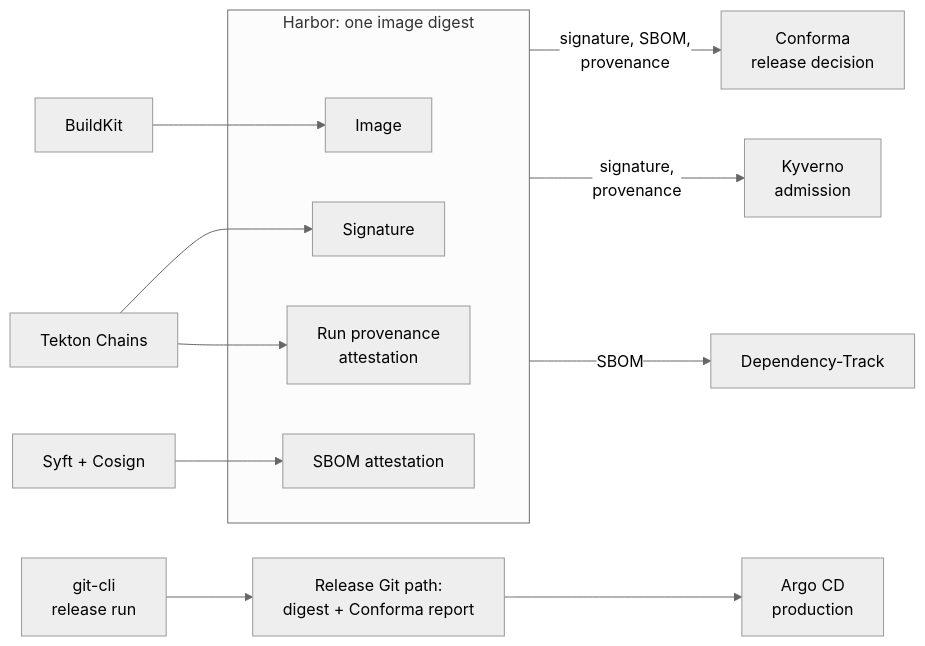
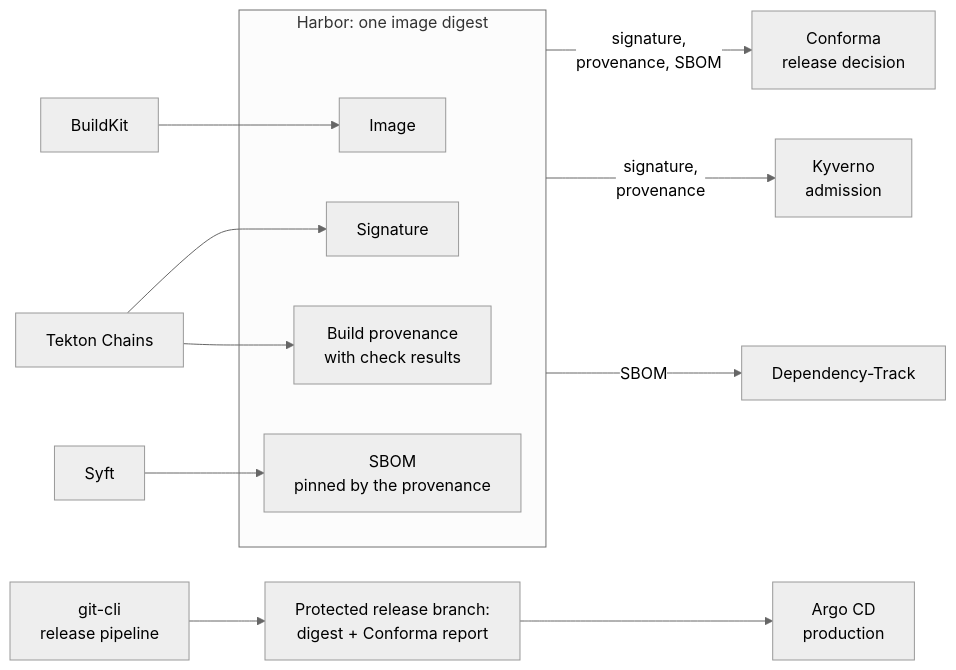
The second of 7 diagrams in content/en/docs/reference-architectures/open-source-ssdf-cicd.md (andymotta/Platform-Engineering), drawn with Mermaid (neutral theme) before and after one commit. The commit also changed other lines of this file, not shown here.

First line of the commit message:
docs: define gates by evidence and tighten the release path

````diff
--- a/content/en/docs/reference-architectures/open-source-ssdf-cicd.md
+++ b/content/en/docs/reference-architectures/open-source-ssdf-cicd.md
@@ -76,17 +78,17 @@
 ```mermaid
 flowchart LR
     BK["BuildKit"] --> IMG
     CH["Tekton Chains"] --> SIG
     CH --> PROV
-    SY["Syft + Cosign"] --> SBOM
+    SY["Syft"] --> SBOM
     subgraph H["Harbor: one image digest"]
         IMG["Image"]
         SIG["Signature"]
-        SBOM["SBOM attestation"]
-        PROV["Run provenance<br/>attestation"]
+        PROV["Build provenance<br/>with check results"]
+        SBOM["SBOM<br/>pinned by the provenance"]
     end
-    H -->|signature, SBOM,<br/>provenance| CF["Conforma<br/>release decision"]
+    H -->|signature,<br/>provenance, SBOM| CF["Conforma<br/>release decision"]
     H -->|signature,<br/>provenance| KV["Kyverno<br/>admission"]
     H -->|SBOM| DT["Dependency-Track"]
-    GC["git-cli<br/>release run"] --> REL["Release Git path:<br/>digest + Conforma report"] --> AR["Argo CD<br/>production"]
+    GC["git-cli<br/>release pipeline"] --> REL["Protected release branch:<br/>digest + Conforma report"] --> AR["Argo CD<br/>production"]
 ```
````
